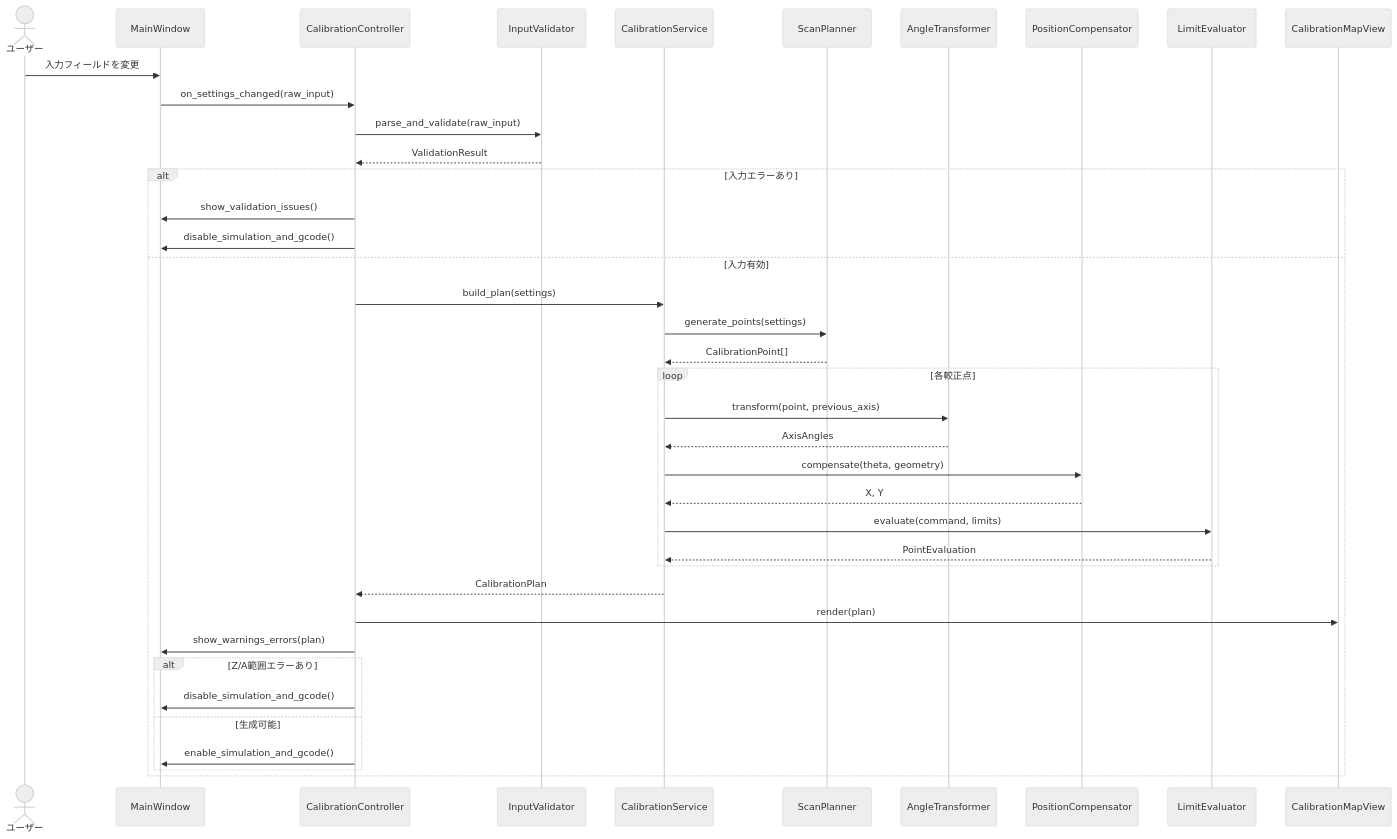
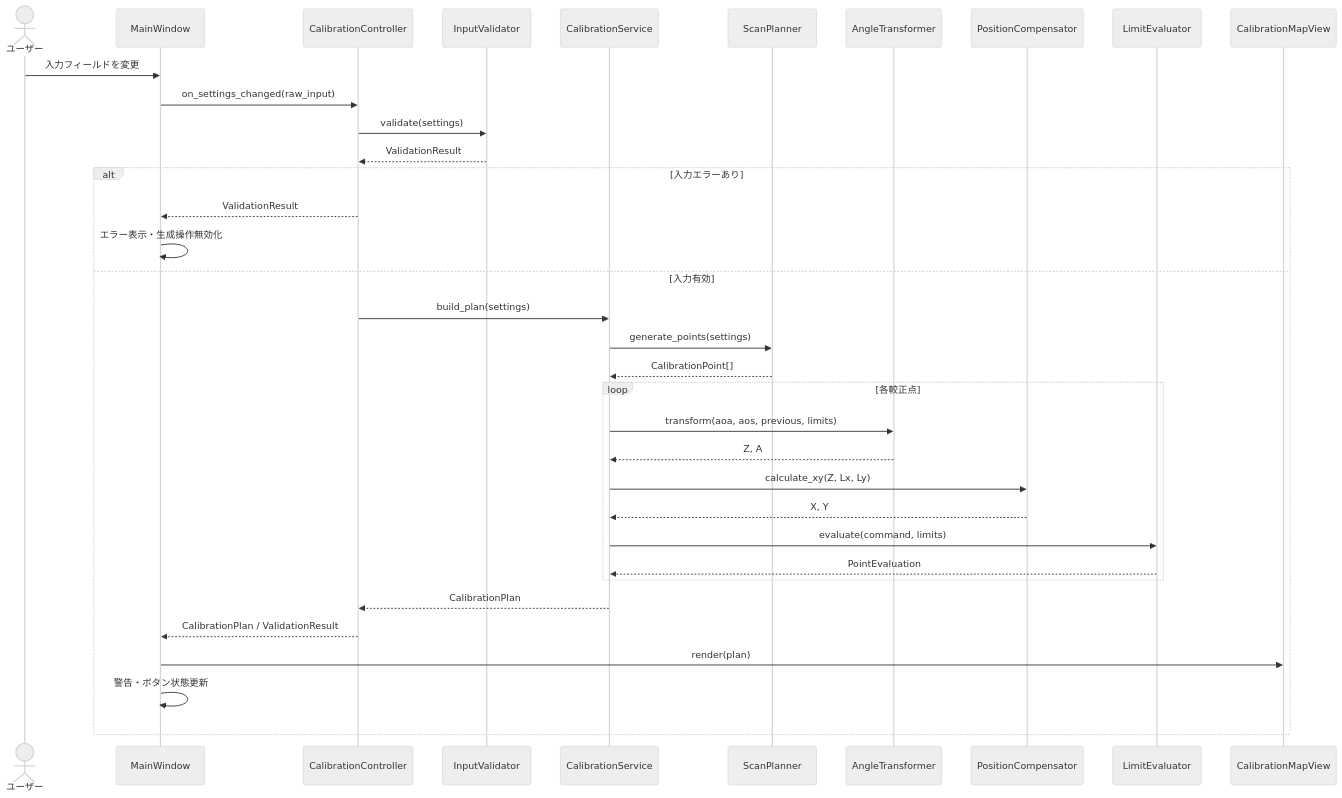
The second of 12 diagrams in docs/architecture_design.md (Pakfat50/FiveHolePitotTubeCalibration), drawn with Mermaid (neutral theme) before and after one commit. The commit also changed other lines of this file, not shown here.

Commit message:
docs: split internal diagram into call tree and data flow

````diff
--- a/docs/architecture_design.md
+++ b/docs/architecture_design.md
@@ -73,43 +68,38 @@
 ```mermaid
 sequenceDiagram
     actor User as ユーザー
     participant MainWindow
     participant Controller as CalibrationController
     participant Validator as InputValidator
     participant Service as CalibrationService
     participant Scan as ScanPlanner
     participant Transform as AngleTransformer
     participant Position as PositionCompensator
     participant Limit as LimitEvaluator
     participant Map as CalibrationMapView
 
     User->>MainWindow: 入力フィールドを変更
     MainWindow->>Controller: on_settings_changed(raw_input)
-    Controller->>Validator: parse_and_validate(raw_input)
+    Controller->>Validator: validate(settings)
     Validator-->>Controller: ValidationResult
-
     alt 入力エラーあり
-        Controller->>MainWindow: show_validation_issues()
-        Controller->>MainWindow: disable_simulation_and_gcode()
+        Controller-->>MainWindow: ValidationResult
+        MainWindow->>MainWindow: エラー表示・生成操作無効化
     else 入力有効
         Controller->>Service: build_plan(settings)
         Service->>Scan: generate_points(settings)
         Scan-->>Service: CalibrationPoint[]
         loop 各較正点
-            Service->>Transform: transform(point, previous_axis)
-            Transform-->>Service: AxisAngles
-            Service->>Position: compensate(theta, geometry)
+            Service->>Transform: transform(aoa, aos, previous, limits)
+            Transform-->>Service: Z, A
+            Service->>Position: calculate_xy(Z, Lx, Ly)
             Position-->>Service: X, Y
             Service->>Limit: evaluate(command, limits)
             Limit-->>Service: PointEvaluation
         end
         Service-->>Controller: CalibrationPlan
-        Controller->>Map: render(plan)
-        Controller->>MainWindow: show_warnings_errors(plan)
-        alt Z/A範囲エラーあり
-            Controller->>MainWindow: disable_simulation_and_gcode()
-        else 生成可能
-            Controller->>MainWindow: enable_simulation_and_gcode()
-        end
+        Controller-->>MainWindow: CalibrationPlan / ValidationResult
+        MainWindow->>Map: render(plan)
+        MainWindow->>MainWindow: 警告・ボタン状態更新
     end
 ```
````
